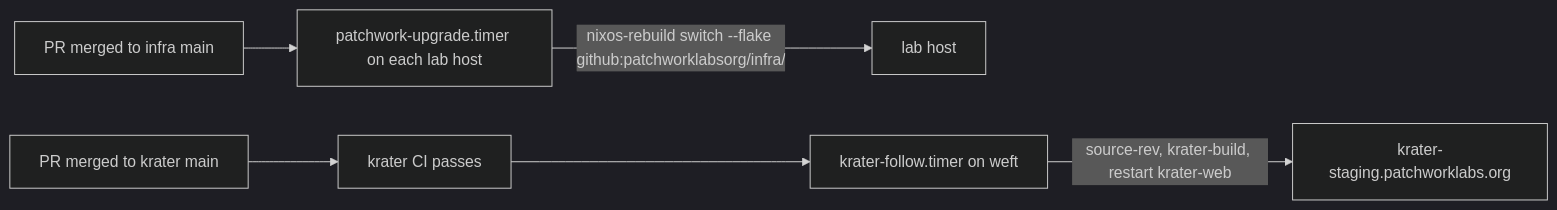
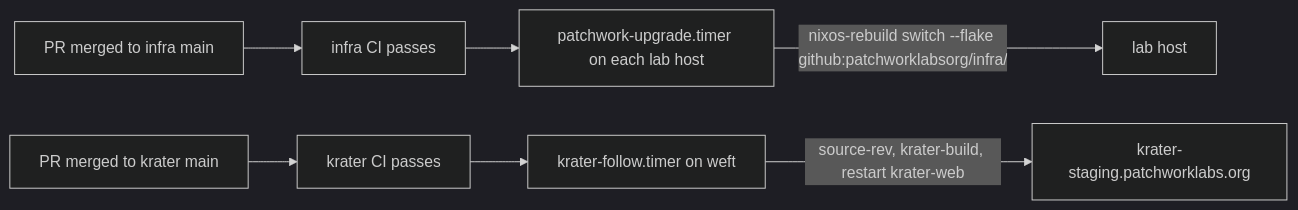
Before and after one commit to patchworklabsorg/infra: the second of 5 diagrams in README.md, drawn with Mermaid (dark theme). The commit also changed other lines of this file and 4 other files, not shown here.

````diff
--- a/README.md
+++ b/README.md
@@ -113,8 +113,9 @@
 ```mermaid
 flowchart LR
-  pr["PR merged to infra main"] --> up["patchwork-upgrade.timer on each lab host"]
+  pr["PR merged to infra main"] --> ici["infra CI passes"]
+  ici --> up["patchwork-upgrade.timer on each lab host"]
   up -- "nixos-rebuild switch --flake github:patchworklabsorg/infra/<sha>" --> host["lab host"]
   kpr["PR merged to krater main"] --> ci["krater CI passes"]
   ci --> follow["krater-follow.timer on weft"]
   follow -- "source-rev, krater-build, restart krater-web" --> staging["krater-staging.patchworklabs.org"]
 ```
````
